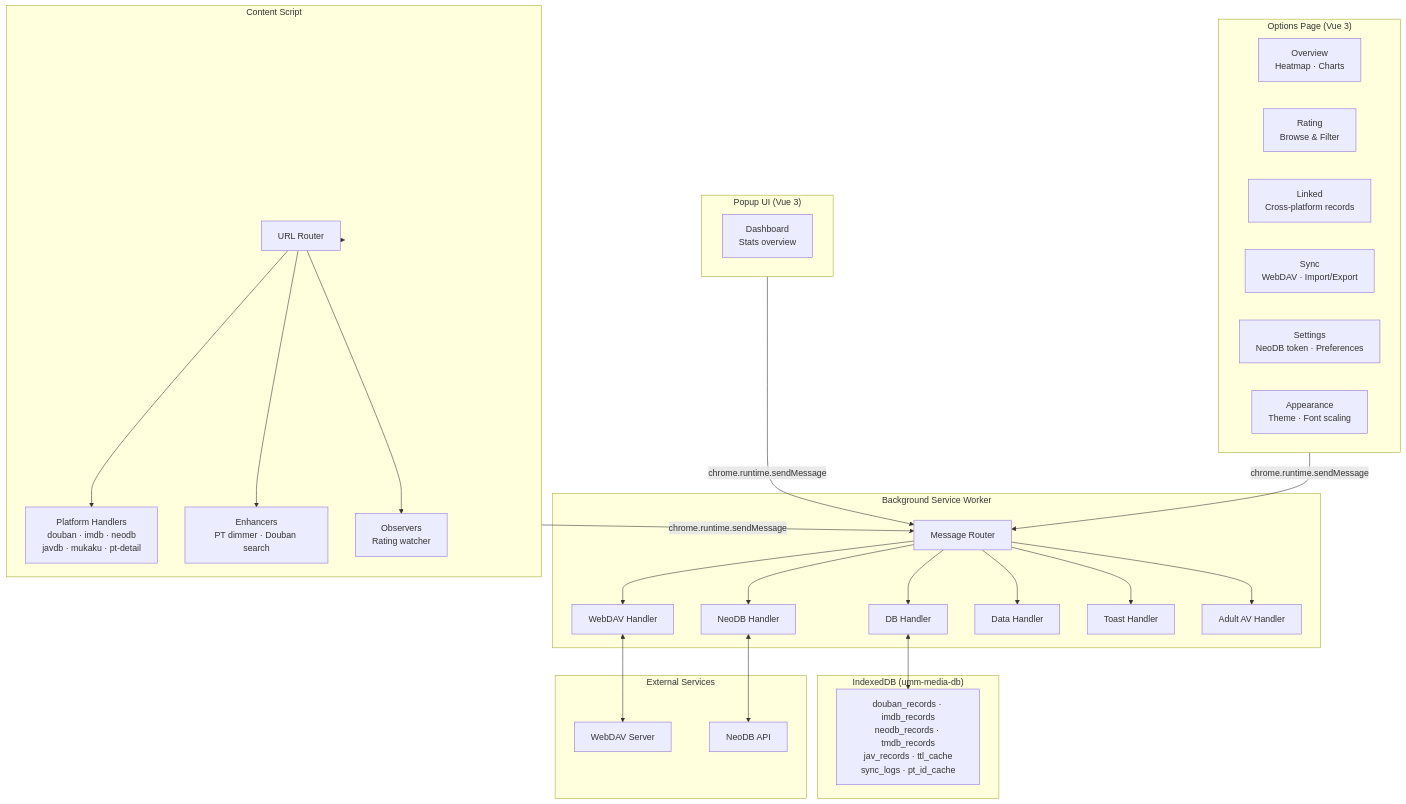
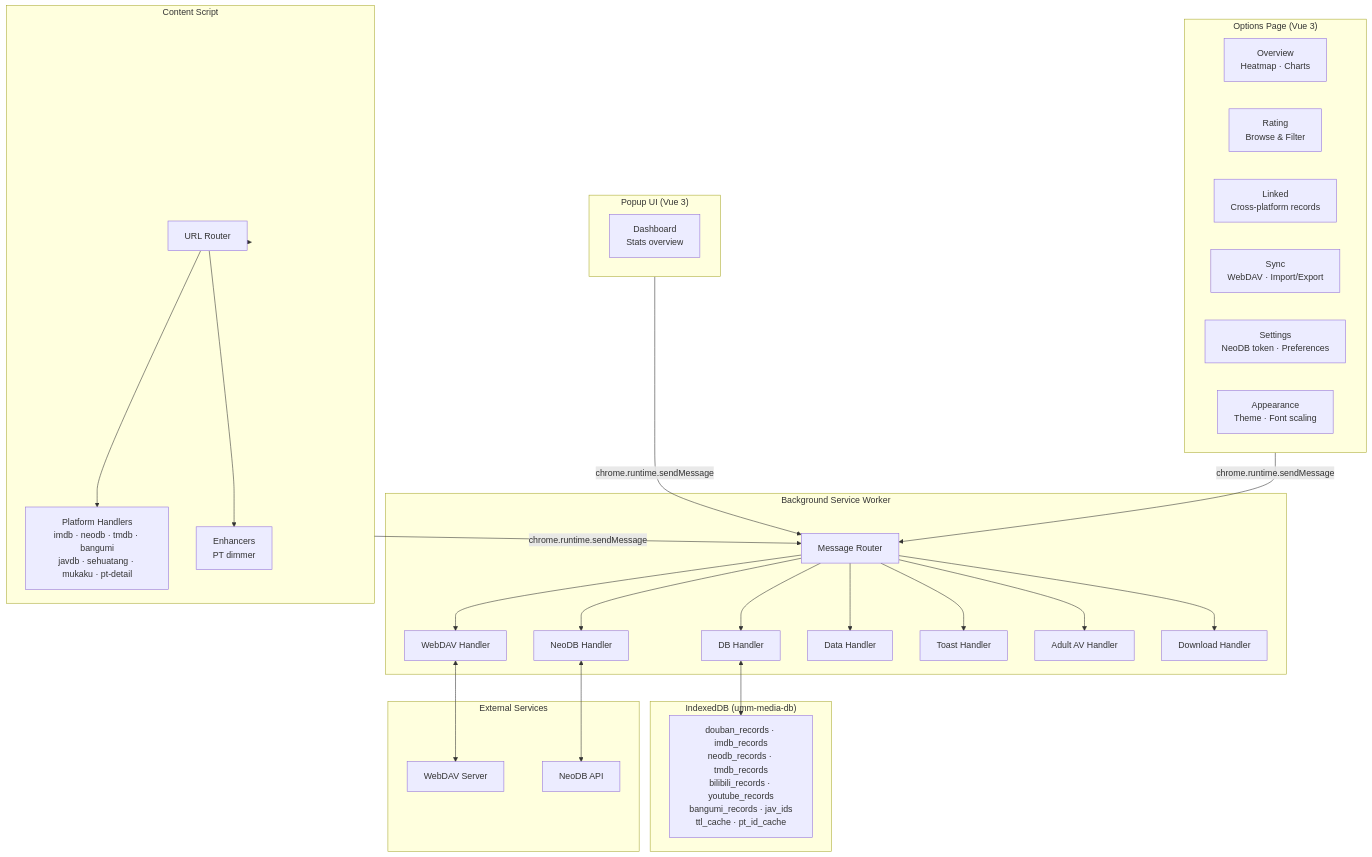
The diagram in README.en.md (UnforgetMemory/um-multimedia-manager), drawn with Mermaid before and after one commit. The commit also changed other lines of this file and 5 other files, not shown here.

````diff
--- a/README.en.md
+++ b/README.en.md
@@ -130,61 +129,61 @@
 ```mermaid
 flowchart TB
     subgraph Popup["Popup UI (Vue 3)"]
         POPUP_DASH["Dashboard<br/>Stats overview"]
     end
 
     subgraph Options["Options Page (Vue 3)"]
         OPT_OVERVIEW["Overview<br/>Heatmap · Charts"]
         OPT_RATING["Rating<br/>Browse & Filter"]
         OPT_LINKED["Linked<br/>Cross-platform records"]
         OPT_SYNC["Sync<br/>WebDAV · Import/Export"]
         OPT_SETTINGS["Settings<br/>NeoDB token · Preferences"]
         OPT_APPEARANCE["Appearance<br/>Theme · Font scaling"]
     end
 
     subgraph Background["Background Service Worker"]
         MSG_ROUTER["Message Router"]
         DB_HANDLER["DB Handler"]
         WEBDAV_HANDLER["WebDAV Handler"]
         NEODB_HANDLER["NeoDB Handler"]
         DATA_HANDLER["Data Handler"]
         TOAST_HANDLER["Toast Handler"]
         ADULT_AV_HANDLER["Adult AV Handler"]
+        DOWNLOAD_HANDLER["Download Handler"]
     end
 
     subgraph Content["Content Script"]
         ROUTER["URL Router"]
-        HANDLERS["Platform Handlers<br/>douban · imdb · neodb<br/>javdb · mukaku · pt-detail"]
-        ENHANCERS["Enhancers<br/>PT dimmer · Douban search"]
-        OBSERVERS["Observers<br/>Rating watcher"]
+        HANDLERS["Platform Handlers<br/>imdb · neodb · tmdb · bangumi<br/>javdb · sehuatang · mukaku · pt-detail"]
+        ENHANCERS["Enhancers<br/>PT dimmer"]
     end
 
     subgraph Storage["IndexedDB (umm-media-db)"]
-        DB["douban_records · imdb_records<br/>neodb_records · tmdb_records<br/>jav_records · ttl_cache<br/>sync_logs · pt_id_cache"]
+        DB["douban_records · imdb_records<br/>neodb_records · tmdb_records<br/>bilibili_records · youtube_records<br/>bangumi_records · jav_ids<br/>ttl_cache · pt_id_cache"]
     end
 
     subgraph External["External Services"]
         WEBDAV["WebDAV Server"]
         NEODB_API["NeoDB API"]
     end
 
     Popup -->|chrome.runtime.sendMessage| MSG_ROUTER
     Options -->|chrome.runtime.sendMessage| MSG_ROUTER
     Content -->|chrome.runtime.sendMessage| MSG_ROUTER
 
     MSG_ROUTER --> DB_HANDLER
     MSG_ROUTER --> WEBDAV_HANDLER
     MSG_ROUTER --> NEODB_HANDLER
     MSG_ROUTER --> DATA_HANDLER
     MSG_ROUTER --> TOAST_HANDLER
     MSG_ROUTER --> ADULT_AV_HANDLER
+    MSG_ROUTER --> DOWNLOAD_HANDLER
 
     DB_HANDLER <--> DB
     WEBDAV_HANDLER <--> WEBDAV
     NEODB_HANDLER <--> NEODB_API
 
     Content --> ROUTER
     ROUTER --> HANDLERS
     ROUTER --> ENHANCERS
-    ROUTER --> OBSERVERS
 ```
````
